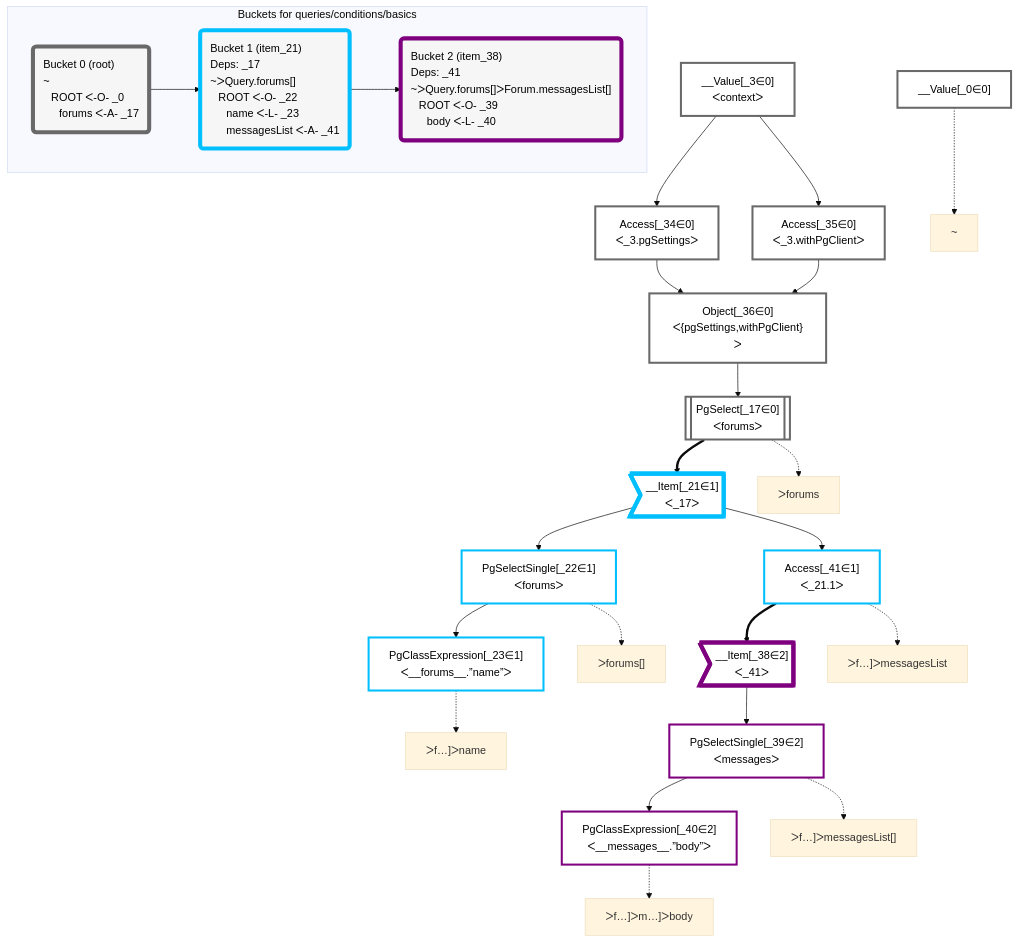
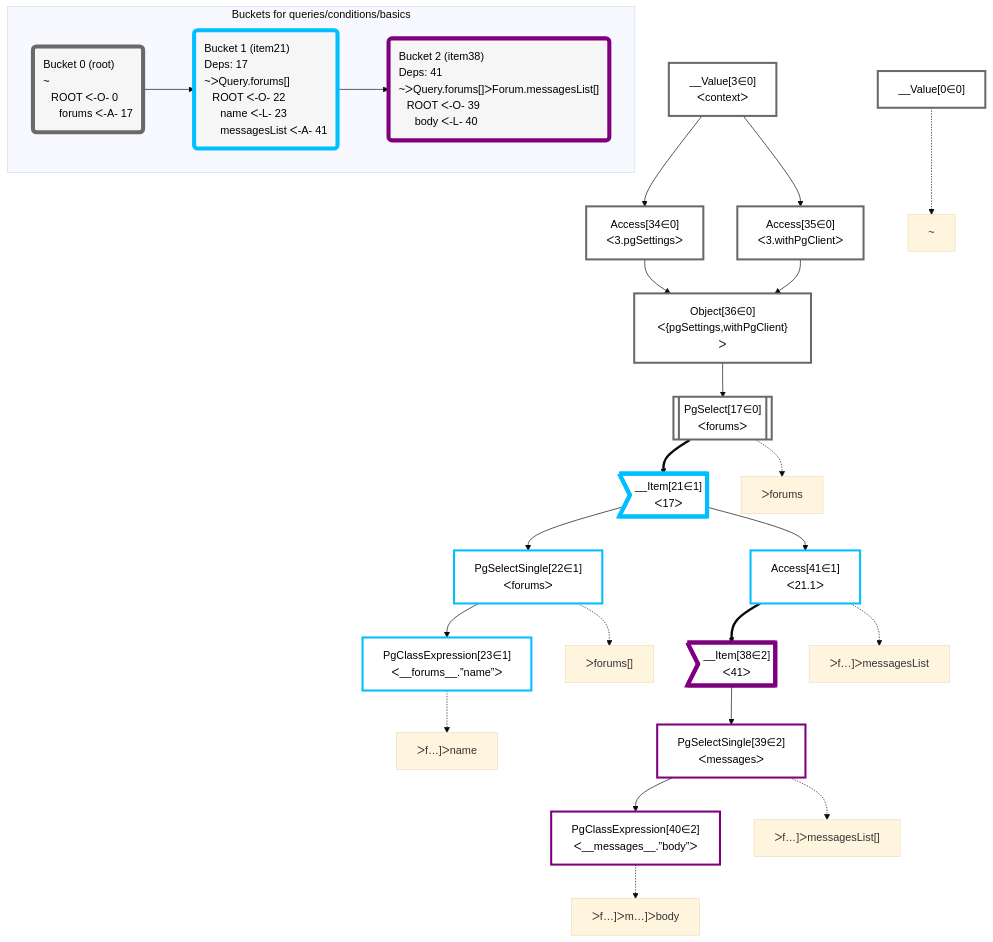
The diagram in packages/dataplan-pg/__tests__/queries/conditions/basics.mermaid.md (graphile/crystal), drawn with Mermaid (base theme) before and after one commit. The commit also changed 195 other files, not shown here.

````diff
--- a/packages/dataplan-pg/__tests__/queries/conditions/basics.mermaid.md
+++ b/packages/dataplan-pg/__tests__/queries/conditions/basics.mermaid.md
@@ -1,67 +1,67 @@
 ```mermaid
 graph TD
     classDef path fill:#eee,stroke:#000,color:#000
     classDef plan fill:#fff,stroke-width:3px,color:#000
     classDef itemplan fill:#fff,stroke-width:6px,color:#000
     classDef sideeffectplan fill:#f00,stroke-width:6px,color:#000
     classDef bucket fill:#f6f6f6,color:#000,stroke-width:6px,text-align:left
 
 
     %% define plans
-    __Value_0["__Value[_0∈0]"]:::plan
-    PgClassExpression_23["PgClassExpression[_23∈1]<br />ᐸ__forums__.”name”ᐳ"]:::plan
-    PgSelectSingle_22["PgSelectSingle[_22∈1]<br />ᐸforumsᐳ"]:::plan
-    PgClassExpression_40["PgClassExpression[_40∈2]<br />ᐸ__messages__.”body”ᐳ"]:::plan
-    PgSelectSingle_39["PgSelectSingle[_39∈2]<br />ᐸmessagesᐳ"]:::plan
-    __Item_38>"__Item[_38∈2]<br />ᐸ_41ᐳ"]:::itemplan
-    Access_41["Access[_41∈1]<br />ᐸ_21.1ᐳ"]:::plan
-    __Item_21>"__Item[_21∈1]<br />ᐸ_17ᐳ"]:::itemplan
-    PgSelect_17[["PgSelect[_17∈0]<br />ᐸforumsᐳ"]]:::plan
-    Object_36["Object[_36∈0]<br />ᐸ{pgSettings,withPgClient}ᐳ"]:::plan
-    Access_34["Access[_34∈0]<br />ᐸ_3.pgSettingsᐳ"]:::plan
-    Access_35["Access[_35∈0]<br />ᐸ_3.withPgClientᐳ"]:::plan
-    __Value_3["__Value[_3∈0]<br />ᐸcontextᐳ"]:::plan
+    __Value0["__Value[0∈0]"]:::plan
+    PgClassExpression23["PgClassExpression[23∈1]<br />ᐸ__forums__.”name”ᐳ"]:::plan
+    PgSelectSingle22["PgSelectSingle[22∈1]<br />ᐸforumsᐳ"]:::plan
+    PgClassExpression40["PgClassExpression[40∈2]<br />ᐸ__messages__.”body”ᐳ"]:::plan
+    PgSelectSingle39["PgSelectSingle[39∈2]<br />ᐸmessagesᐳ"]:::plan
+    __Item38>"__Item[38∈2]<br />ᐸ41ᐳ"]:::itemplan
+    Access41["Access[41∈1]<br />ᐸ21.1ᐳ"]:::plan
+    __Item21>"__Item[21∈1]<br />ᐸ17ᐳ"]:::itemplan
+    PgSelect17[["PgSelect[17∈0]<br />ᐸforumsᐳ"]]:::plan
+    Object36["Object[36∈0]<br />ᐸ{pgSettings,withPgClient}ᐳ"]:::plan
+    Access34["Access[34∈0]<br />ᐸ3.pgSettingsᐳ"]:::plan
+    Access35["Access[35∈0]<br />ᐸ3.withPgClientᐳ"]:::plan
+    __Value3["__Value[3∈0]<br />ᐸcontextᐳ"]:::plan
 
     %% plan dependencies
-    PgSelectSingle_22 --> PgClassExpression_23
-    __Item_21 --> PgSelectSingle_22
-    PgSelectSingle_39 --> PgClassExpression_40
-    __Item_38 --> PgSelectSingle_39
-    Access_41 ==> __Item_38
-    __Item_21 --> Access_41
-    PgSelect_17 ==> __Item_21
-    Object_36 --> PgSelect_17
-    Access_34 & Access_35 --> Object_36
-    __Value_3 --> Access_34
-    __Value_3 --> Access_35
+    PgSelectSingle22 --> PgClassExpression23
+    __Item21 --> PgSelectSingle22
+    PgSelectSingle39 --> PgClassExpression40
+    __Item38 --> PgSelectSingle39
+    Access41 ==> __Item38
+    __Item21 --> Access41
+    PgSelect17 ==> __Item21
+    Object36 --> PgSelect17
+    Access34 & Access35 --> Object36
+    __Value3 --> Access34
+    __Value3 --> Access35
 
     %% plan-to-path relationships
-    P_0["~"]
-    __Value_0 -.-> P_0
-    P_17["ᐳforums"]
-    PgSelect_17 -.-> P_17
-    P_22["ᐳforums[]"]
-    PgSelectSingle_22 -.-> P_22
-    P_23["ᐳf…]ᐳname"]
-    PgClassExpression_23 -.-> P_23
-    P_39["ᐳf…]ᐳmessagesList[]"]
-    PgSelectSingle_39 -.-> P_39
-    P_40["ᐳf…]ᐳm…]ᐳbody"]
-    PgClassExpression_40 -.-> P_40
-    P_41["ᐳf…]ᐳmessagesList"]
-    Access_41 -.-> P_41
+    P0["~"]
+    __Value0 -.-> P0
+    P17["ᐳforums"]
+    PgSelect17 -.-> P17
+    P22["ᐳforums[]"]
+    PgSelectSingle22 -.-> P22
+    P23["ᐳf…]ᐳname"]
+    PgClassExpression23 -.-> P23
+    P39["ᐳf…]ᐳmessagesList[]"]
+    PgSelectSingle39 -.-> P39
+    P40["ᐳf…]ᐳm…]ᐳbody"]
+    PgClassExpression40 -.-> P40
+    P41["ᐳf…]ᐳmessagesList"]
+    Access41 -.-> P41
 
     subgraph "Buckets for queries/conditions/basics"
-    Bucket0("Bucket 0 (root)<br />~<br />⠀ROOT ᐸ-O- _0<br />⠀⠀forums ᐸ-A- _17"):::bucket
+    Bucket0("Bucket 0 (root)<br />~<br />⠀ROOT ᐸ-O- 0<br />⠀⠀forums ᐸ-A- 17"):::bucket
     classDef bucket0 stroke:#696969
-    class Bucket0,__Value_0,__Value_3,PgSelect_17,Access_34,Access_35,Object_36 bucket0
-    Bucket1("Bucket 1 (item_21)<br />Deps: _17<br />~ᐳQuery.forums[]<br />⠀ROOT ᐸ-O- _22<br />⠀⠀name ᐸ-L- _23<br />⠀⠀messagesList ᐸ-A- _41"):::bucket
+    class Bucket0,__Value0,__Value3,PgSelect17,Access34,Access35,Object36 bucket0
+    Bucket1("Bucket 1 (item21)<br />Deps: 17<br />~ᐳQuery.forums[]<br />⠀ROOT ᐸ-O- 22<br />⠀⠀name ᐸ-L- 23<br />⠀⠀messagesList ᐸ-A- 41"):::bucket
     classDef bucket1 stroke:#00bfff
-    class Bucket1,__Item_21,PgSelectSingle_22,PgClassExpression_23,Access_41 bucket1
-    Bucket2("Bucket 2 (item_38)<br />Deps: _41<br />~ᐳQuery.forums[]ᐳForum.messagesList[]<br />⠀ROOT ᐸ-O- _39<br />⠀⠀body ᐸ-L- _40"):::bucket
+    class Bucket1,__Item21,PgSelectSingle22,PgClassExpression23,Access41 bucket1
+    Bucket2("Bucket 2 (item38)<br />Deps: 41<br />~ᐳQuery.forums[]ᐳForum.messagesList[]<br />⠀ROOT ᐸ-O- 39<br />⠀⠀body ᐸ-L- 40"):::bucket
     classDef bucket2 stroke:#7f007f
-    class Bucket2,__Item_38,PgSelectSingle_39,PgClassExpression_40 bucket2
+    class Bucket2,__Item38,PgSelectSingle39,PgClassExpression40 bucket2
     Bucket0 --> Bucket1
     Bucket1 --> Bucket2
     end
 ```
````
